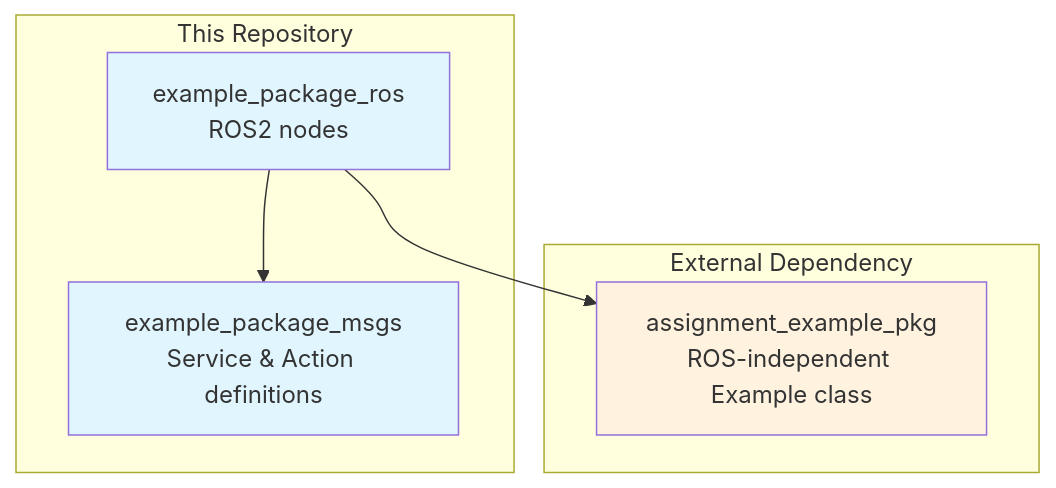
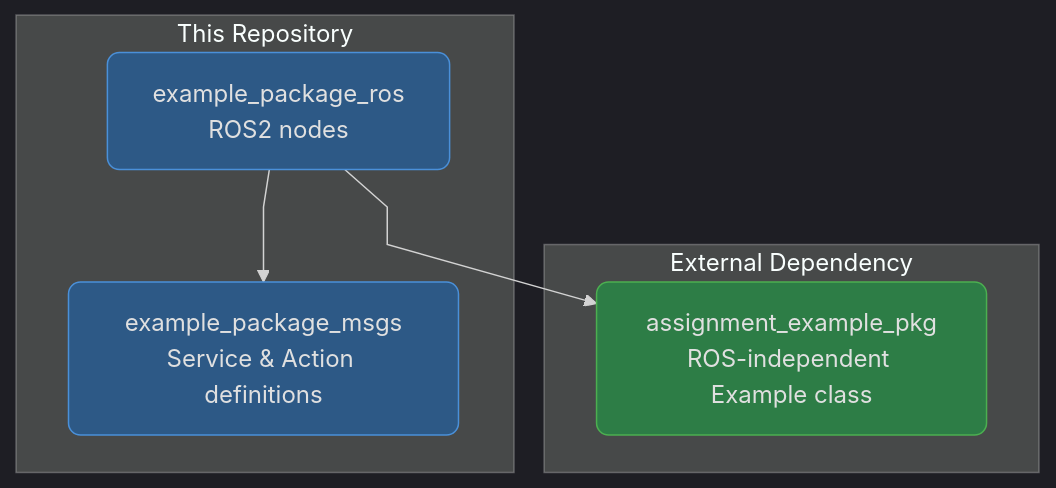
The diagram in README.md (calebjakemossey/assignment_example_ros_pkg), drawn with Mermaid before and after one commit.

Commit message:
docs: unify mermaid diagram styling
Apply consistent dark theme with rounded corners, straight
arrows, and unified colour palette across all diagrams.

````diff
--- a/README.md
+++ b/README.md
@@ -11,18 +11,19 @@
 ```mermaid
+%%{init: {'theme': 'dark', 'flowchart': {'curve': 'linear'}}}%%
 graph TB
+    classDef primary fill:#2d5986,stroke:#4a90d9,stroke-width:1px,color:#e0e0e0,rx:8,ry:8
+    classDef secondary fill:#1a3a5c,stroke:#3d7ab5,stroke-width:1px,color:#e0e0e0,rx:8,ry:8
+    classDef accent fill:#2d7d46,stroke:#4caf50,stroke-width:1px,color:#e0e0e0,rx:8,ry:8
+
     subgraph "This Repository"
-        msgs[example_package_msgs<br/>Service & Action definitions]
-        ros[example_package_ros<br/>ROS2 nodes]
+        msgs[example_package_msgs<br/>Service & Action definitions]:::primary
+        ros[example_package_ros<br/>ROS2 nodes]:::primary
     end
 
     subgraph "External Dependency"
-        pkg[assignment_example_pkg<br/>ROS-independent Example class]
+        pkg[assignment_example_pkg<br/>ROS-independent Example class]:::accent
     end
 
     ros --> msgs
     ros --> pkg
-
-    style msgs fill:#e1f5fe
-    style ros fill:#e1f5fe
-    style pkg fill:#fff3e0
 ```
````
